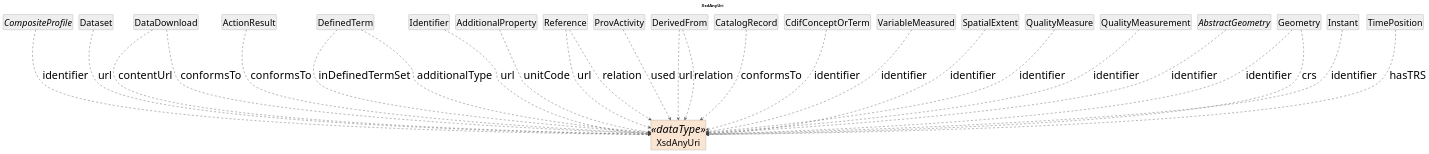
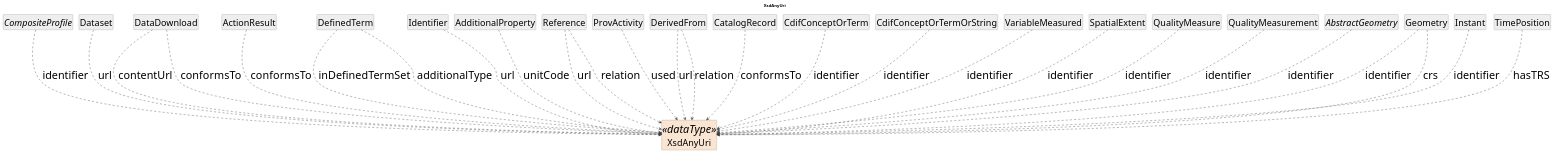
Before and after one commit to Cross-Domain-Interoperability-Framework/metadataBuildingBlocks: the diagram in cdif-uml-model/_plantuml/coreDiscovery/DataTypes/XsdAnyUri.pu, drawn with PlantUML. The commit also changed 167 other files, not shown here.

First line of the commit message:
Consolidate 'string OR concept-or-term' union into cdifConceptOrTermOrString BB

```diff
--- a/cdif-uml-model/_plantuml/coreDiscovery/DataTypes/XsdAnyUri.pu
+++ b/cdif-uml-model/_plantuml/coreDiscovery/DataTypes/XsdAnyUri.pu
@@ -1,64 +1,66 @@
 @startuml
 title XsdAnyUri
 hide circle
 hide empty members
 skinparam shadowing false
 skinparam ArrowThickness 1.2
 skinparam ranksep 250
 skinparam nodesep 20
 skinparam defaultFontSize 36
 skinparam class {
   ArrowColor #404040
   BorderColor #404040
   FontSize 36
   AttributeFontSize 30
 }
 
 class "XsdAnyUri" as XsdAnyUri <<dataType>> #FAE5D3
 abstract class "CompositeProfile" as CompositeProfile #EEEEEE
 CompositeProfile ..> XsdAnyUri : identifier
 class "Dataset" as Dataset #EEEEEE
 Dataset ..> XsdAnyUri : url
 class "DataDownload" as DataDownload #EEEEEE
 DataDownload ..> XsdAnyUri : contentUrl
 DataDownload ..> XsdAnyUri : conformsTo
 class "ActionResult" as ActionResult #EEEEEE
 ActionResult ..> XsdAnyUri : conformsTo
 class "DefinedTerm" as DefinedTerm #EEEEEE
 DefinedTerm ..> XsdAnyUri : inDefinedTermSet
 DefinedTerm ..> XsdAnyUri : additionalType
 class "Identifier" as Identifier #EEEEEE
 Identifier ..> XsdAnyUri : url
 class "AdditionalProperty" as AdditionalProperty #EEEEEE
 AdditionalProperty ..> XsdAnyUri : unitCode
 class "Reference" as Reference #EEEEEE
 Reference ..> XsdAnyUri : url
 Reference ..> XsdAnyUri : relation
 class "ProvActivity" as ProvActivity #EEEEEE
 ProvActivity ..> XsdAnyUri : used
 class "DerivedFrom" as DerivedFrom #EEEEEE
 DerivedFrom ..> XsdAnyUri : url
 DerivedFrom ..> XsdAnyUri : relation
 class "CatalogRecord" as CatalogRecord #EEEEEE
 CatalogRecord ..> XsdAnyUri : conformsTo
 class "CdifConceptOrTerm" as CdifConceptOrTerm #EEEEEE
 CdifConceptOrTerm ..> XsdAnyUri : identifier
+class "CdifConceptOrTermOrString" as CdifConceptOrTermOrString #EEEEEE
+CdifConceptOrTermOrString ..> XsdAnyUri : identifier
 class "VariableMeasured" as VariableMeasured #EEEEEE
 VariableMeasured ..> XsdAnyUri : identifier
 class "SpatialExtent" as SpatialExtent #EEEEEE
 SpatialExtent ..> XsdAnyUri : identifier
 class "QualityMeasure" as QualityMeasure #EEEEEE
 QualityMeasure ..> XsdAnyUri : identifier
 class "QualityMeasurement" as QualityMeasurement #EEEEEE
 QualityMeasurement ..> XsdAnyUri : identifier
 abstract class "AbstractGeometry" as AbstractGeometry #EEEEEE
 AbstractGeometry ..> XsdAnyUri : identifier
 class "Geometry" as Geometry #EEEEEE
 Geometry ..> XsdAnyUri : identifier
 Geometry ..> XsdAnyUri : crs
 class "Instant" as Instant #EEEEEE
 Instant ..> XsdAnyUri : identifier
 class "TimePosition" as TimePosition #EEEEEE
 TimePosition ..> XsdAnyUri : hasTRS
 
 @enduml
```
